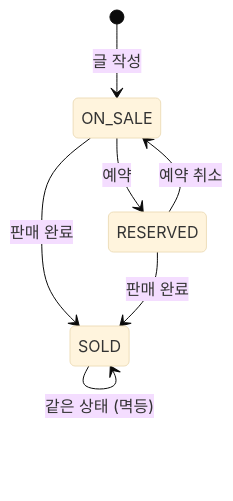
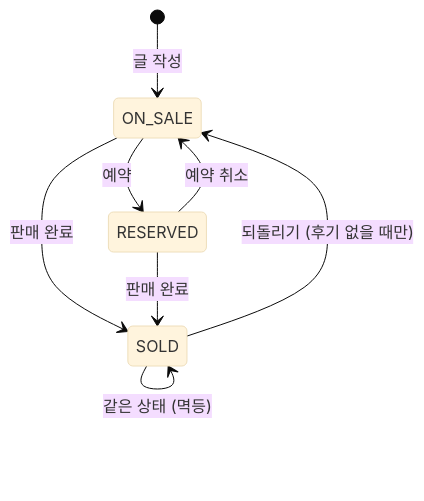
Before and after one commit to kim123-dev/campus-books: the fourth of 4 diagrams in README.md, drawn with Mermaid (base theme). The commit also changed other lines of this file and 1 other file, not shown here.

First line of the commit message:
README: 판매 완료 되돌리기 반영, 화면 안내 문구 다듬기

````diff
--- a/README.md
+++ b/README.md
@@ -1395,9 +1397,10 @@
 ```mermaid
 stateDiagram-v2
     [*] --> ON_SALE : 글 작성
     ON_SALE --> RESERVED : 예약
     RESERVED --> ON_SALE : 예약 취소
     ON_SALE --> SOLD : 판매 완료
     RESERVED --> SOLD : 판매 완료
+    SOLD --> ON_SALE : 되돌리기 (후기 없을 때만)
     SOLD --> SOLD : 같은 상태 (멱등)
 ```
````
